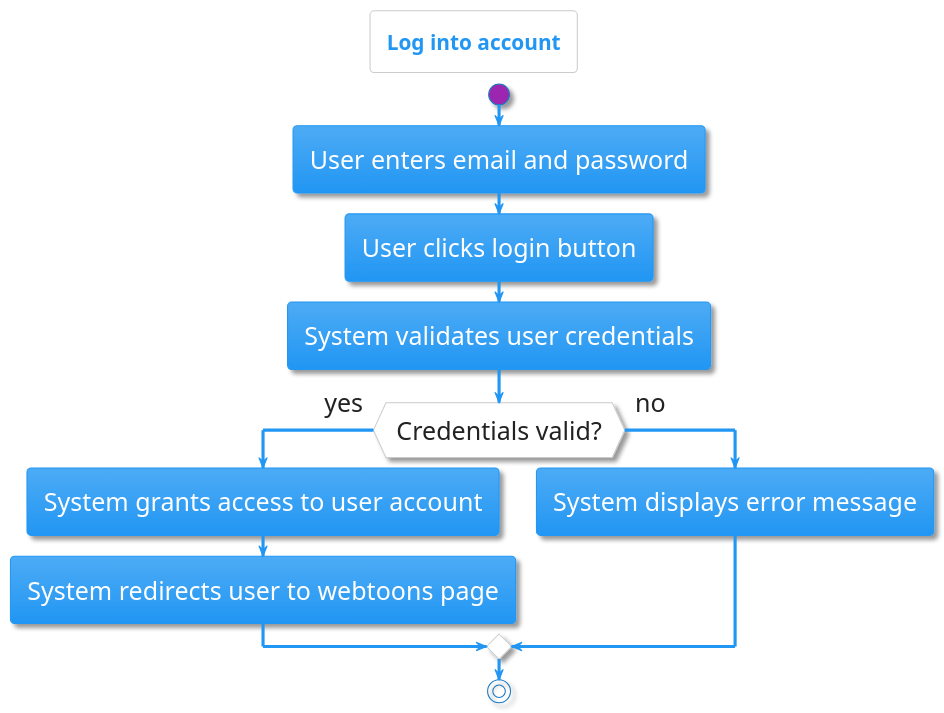
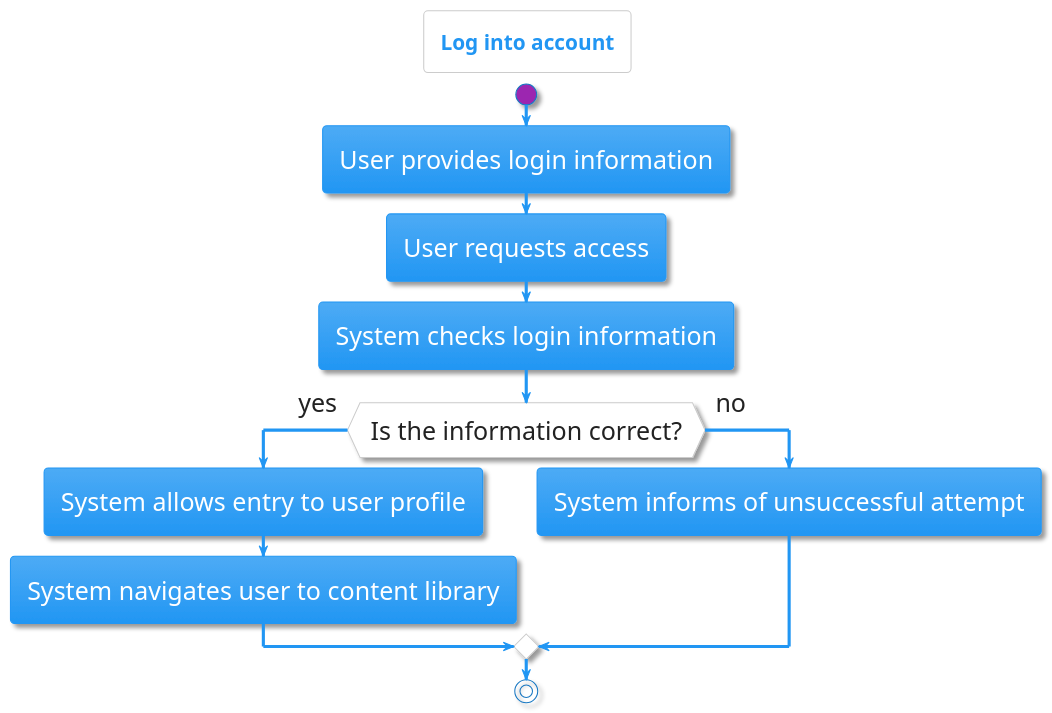
Before and after one commit to WinstonWaligora/let_us_webtoon: the diagram in lib/documents/login.puml, drawn with PlantUML. The commit also changed 15 other files, not shown here.

Commit message:
activity, use case, and context diagrams updated

```diff
--- a/lib/documents/login.puml
+++ b/lib/documents/login.puml
@@ -1,17 +1,17 @@
 @startuml
 !theme materia
 title Log into account
 skinparam defaultFontSize 24
 
 start
-:User enters email and password;
-:User clicks login button;
-:System validates user credentials;
-if (Credentials valid?) then (yes)
-  :System grants access to user account;
-  :System redirects user to webtoons page;
+:User provides login information;
+:User requests access;
+:System checks login information;
+if (Is the information correct?) then (yes)
+  :System allows entry to user profile;
+  :System navigates user to content library;
 else (no)
-  :System displays error message;
+  :System informs of unsuccessful attempt;
 endif
 stop
 @enduml
```
